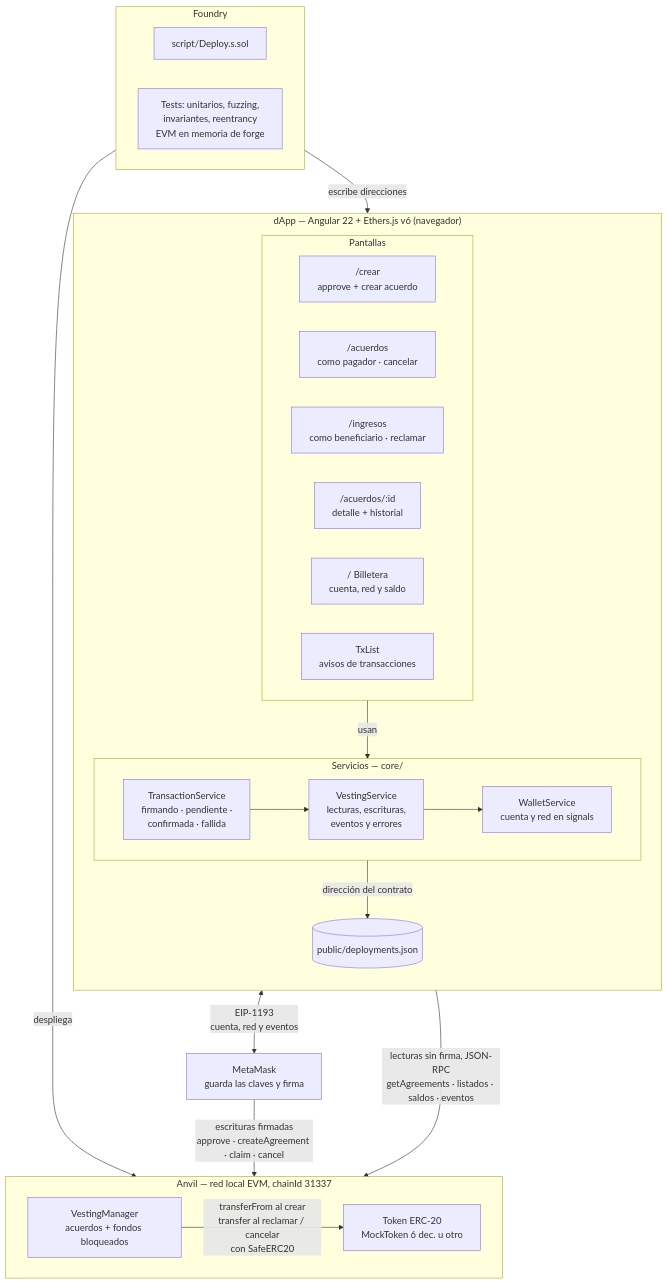
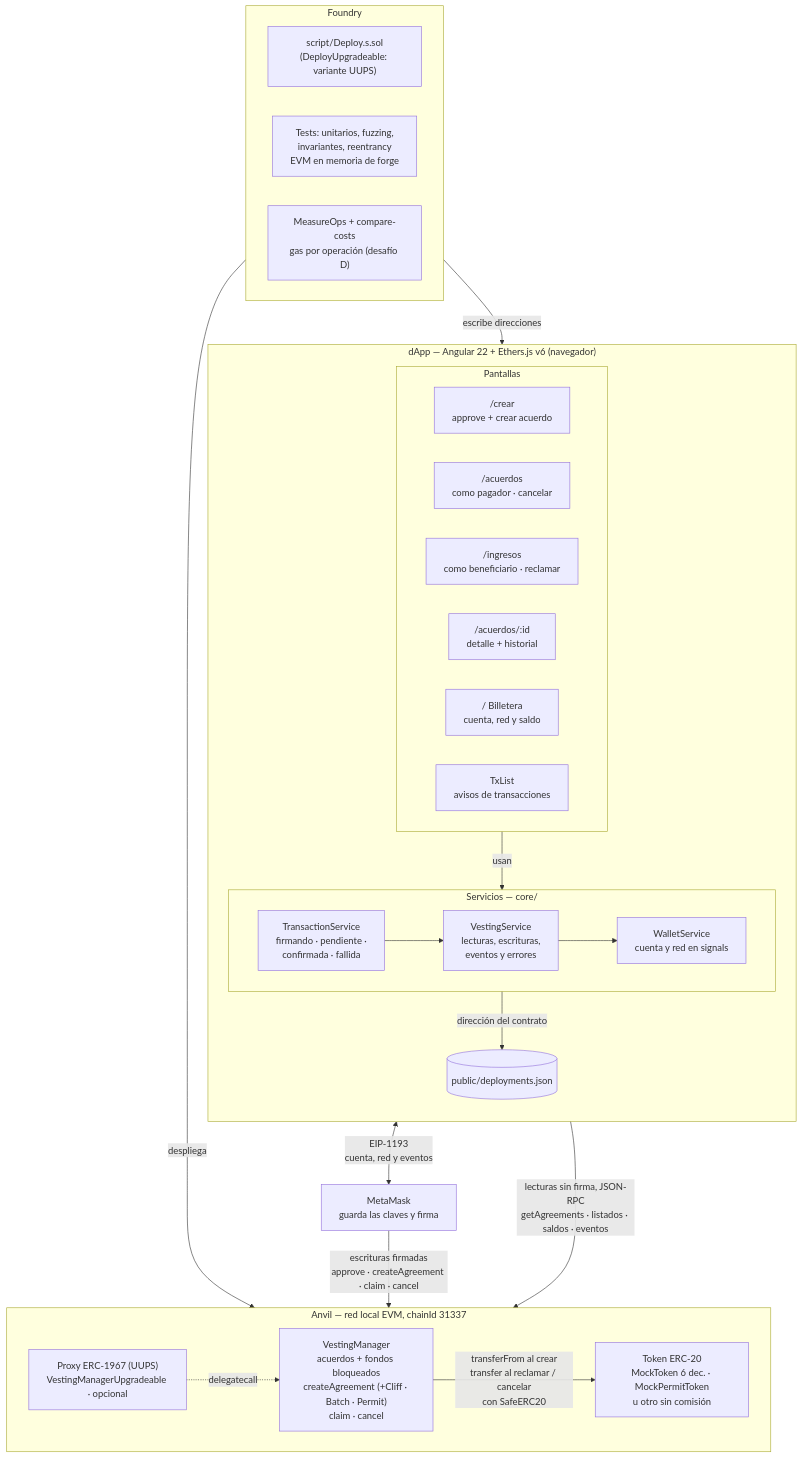
One commit to SantiagoAClavereB/329571-332716-326152_OblTT2 changed the diagram in docs/DiagramaComponentes.md. Above: the diagram before and after it, drawn with Mermaid. The commit also changed other lines of this file and 4 other files, not shown here.

Commit message:
Actualizar diagrama de componentes con TxList y desafios opcionales

````diff
--- a/docs/DiagramaComponentes.md
+++ b/docs/DiagramaComponentes.md
@@ -3,46 +5,49 @@
 ```mermaid
 flowchart TB
   subgraph DAPP["dApp — Angular 22 + Ethers.js v6 (navegador)"]
     direction TB
     subgraph UI["Pantallas"]
       direction LR
       CREAR["/crear<br/>approve + crear acuerdo"]
       ACU["/acuerdos<br/>como pagador · cancelar"]
       ING["/ingresos<br/>como beneficiario · reclamar"]
       DET["/acuerdos/:id<br/>detalle + historial"]
       BIL["/ Billetera<br/>cuenta, red y saldo"]
       TXL["TxList<br/>avisos de transacciones"]
     end
     subgraph CORE["Servicios — core/"]
       direction LR
       TS["TransactionService<br/>firmando · pendiente ·<br/>confirmada · fallida"]
       VS["VestingService<br/>lecturas, escrituras,<br/>eventos y errores"]
       WS["WalletService<br/>cuenta y red en signals"]
       TS --> VS --> WS
     end
     DJ[("public/deployments.json")]
     UI -- "usan" --> CORE
     VS -- "dirección del contrato" --> DJ
   end
 
   MM["MetaMask<br/>guarda las claves y firma"]
 
   subgraph CHAIN["Anvil — red local EVM, chainId 31337"]
     direction LR
-    VM["VestingManager<br/>acuerdos + fondos bloqueados"]
-    TK["Token ERC-20<br/>MockToken 6 dec. u otro"]
+    VM["VestingManager<br/>acuerdos + fondos bloqueados<br/>createAgreement (+Cliff · Batch · Permit)<br/>claim · cancel"]
+    TK["Token ERC-20<br/>MockToken 6 dec. · MockPermitToken<br/>u otro sin comisión"]
     VM -- "transferFrom al crear<br/>transfer al reclamar / cancelar<br/>con SafeERC20" --> TK
+    PX["Proxy ERC-1967 (UUPS)<br/>VestingManagerUpgradeable · opcional"]
+    PX -. "delegatecall" .-> VM
   end
 
   subgraph FOUNDRY["Foundry"]
     direction LR
-    DEP["script/Deploy.s.sol"]
+    DEP["script/Deploy.s.sol<br/>(DeployUpgradeable: variante UUPS)"]
     TST["Tests: unitarios, fuzzing,<br/>invariantes, reentrancy<br/>EVM en memoria de forge"]
+    MEA["MeasureOps + compare-costs<br/>gas por operación (desafío D)"]
   end
 
   WS <-- "EIP-1193<br/>cuenta, red y eventos" --> MM
   MM -- "escrituras firmadas<br/>approve · createAgreement · claim · cancel" --> CHAIN
   VS -- "lecturas sin firma, JSON-RPC<br/>getAgreements · listados · saldos · eventos" --> CHAIN
   DEP -- "despliega" --> CHAIN
   DEP -- "escribe direcciones" --> DJ
 ```
````
